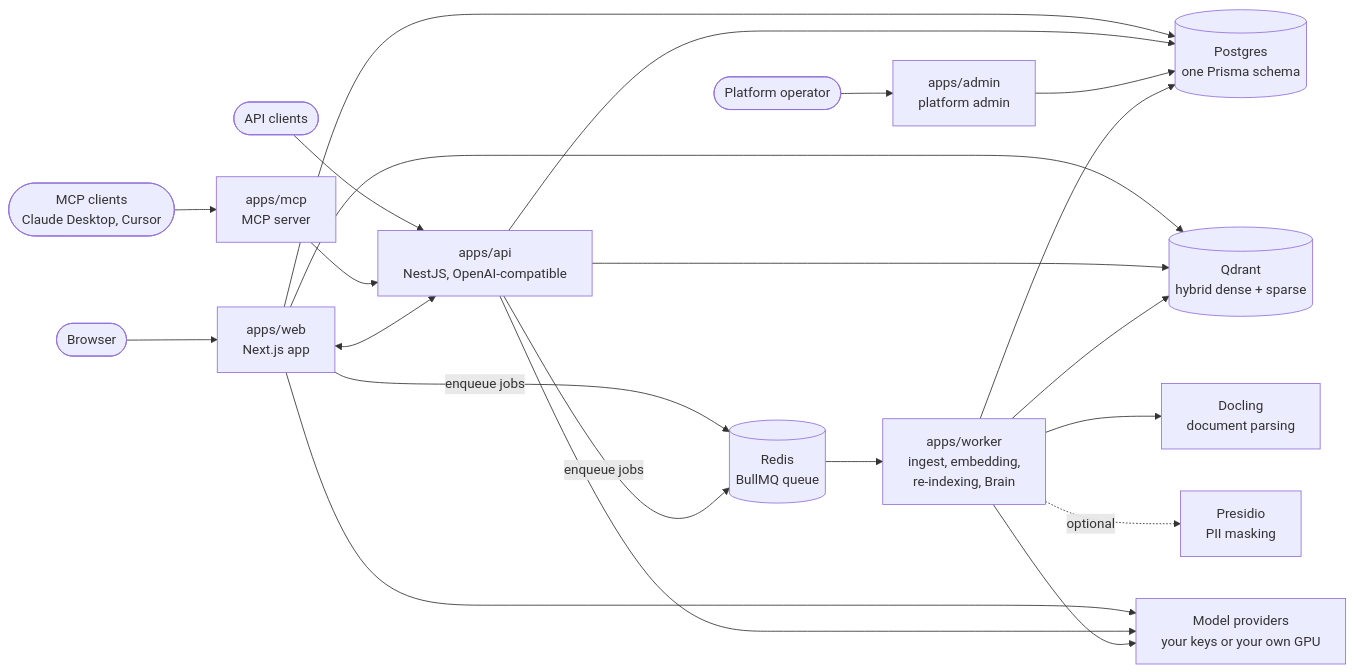
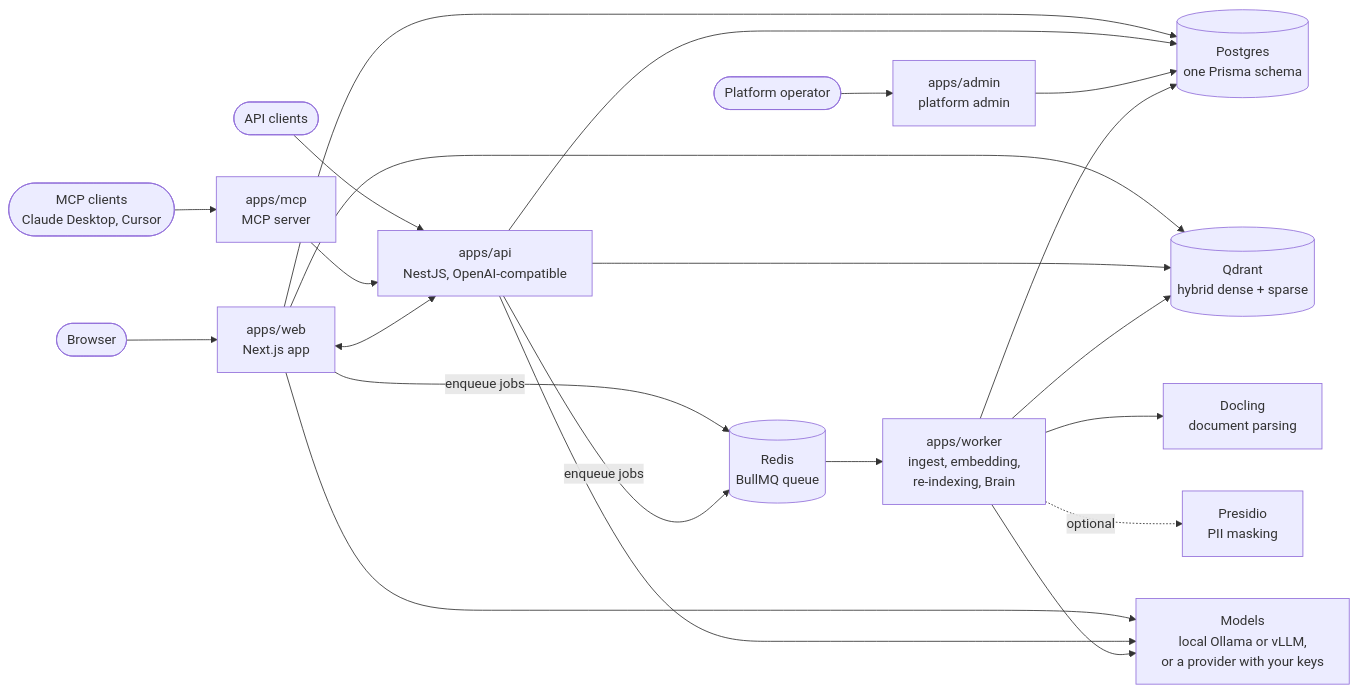
The diagram in README.md (webamigos/RagenAI), drawn with Mermaid before and after one commit. The commit also changed other lines of this file and 1 other file, not shown here.

First line of the commit message:
docs(readme): lead with private AI on your own hardware, models included (#1659)

````diff
--- a/README.md
+++ b/README.md
@@ -637,27 +739,27 @@
 ```mermaid
 flowchart LR
     user([Browser]) --> web["apps/web<br/>Next.js app"]
     client([API clients]) --> api["apps/api<br/>NestJS, OpenAI-compatible"]
     agent([MCP clients<br/>Claude Desktop, Cursor]) --> mcp["apps/mcp<br/>MCP server"]
     operator([Platform operator]) --> admin["apps/admin<br/>platform admin"]
 
     mcp --> api
     web <--> api
     web -- "enqueue jobs" --> redis[("Redis<br/>BullMQ queue")]
     api -- "enqueue jobs" --> redis
     redis --> worker["apps/worker<br/>ingest, embedding,<br/>re-indexing, Brain"]
 
     web --> pg[("Postgres<br/>one Prisma schema")]
     api --> pg
     admin --> pg
     worker --> pg
     web --> qdrant[("Qdrant<br/>hybrid dense + sparse")]
     api --> qdrant
     worker --> qdrant
 
     worker --> docling["Docling<br/>document parsing"]
     worker -. "optional" .-> presidio["Presidio<br/>PII masking"]
-    web --> models["Model providers<br/>your keys or your own GPU"]
+    web --> models["Models<br/>local Ollama or vLLM,<br/>or a provider with your keys"]
     api --> models
     worker --> models
 ```
````
